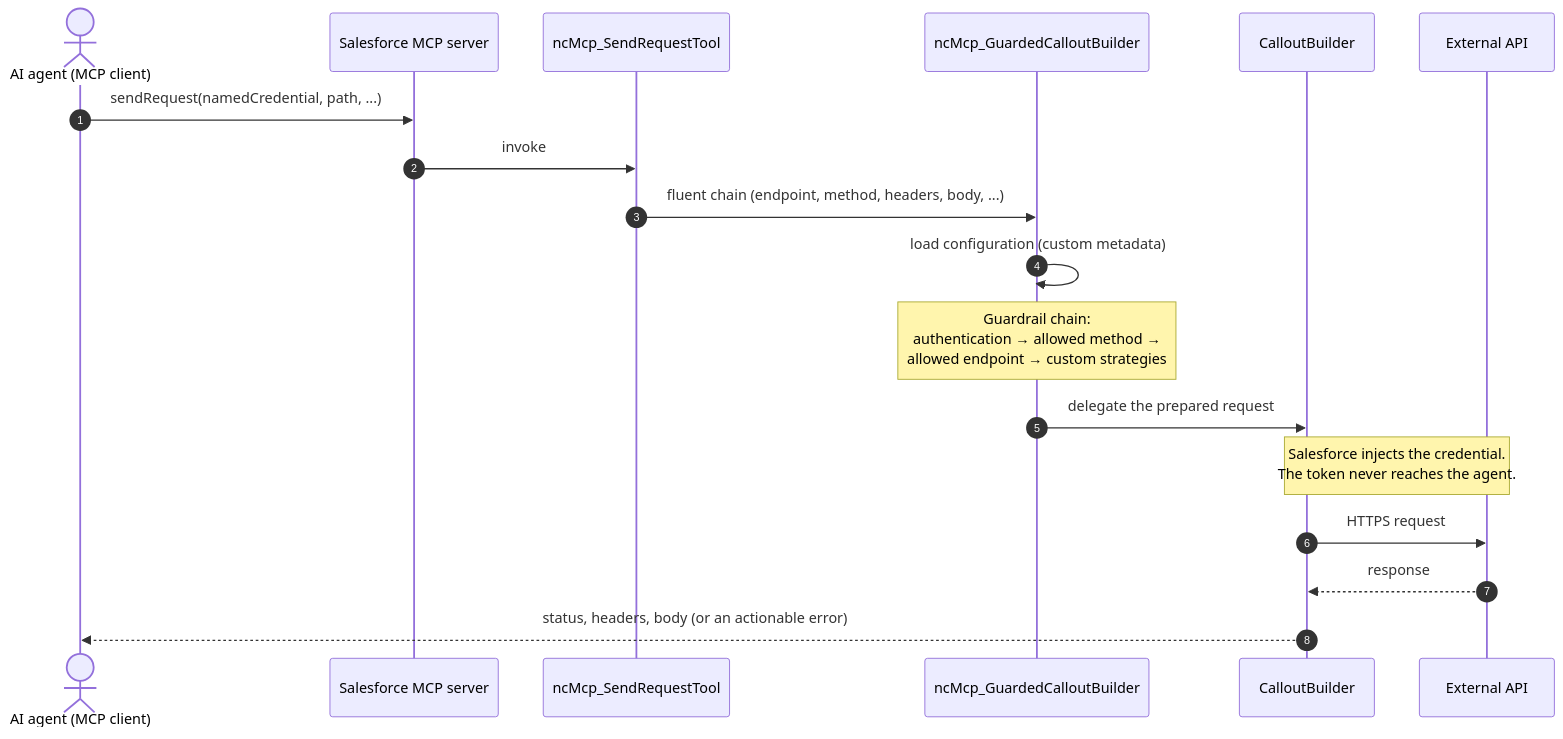
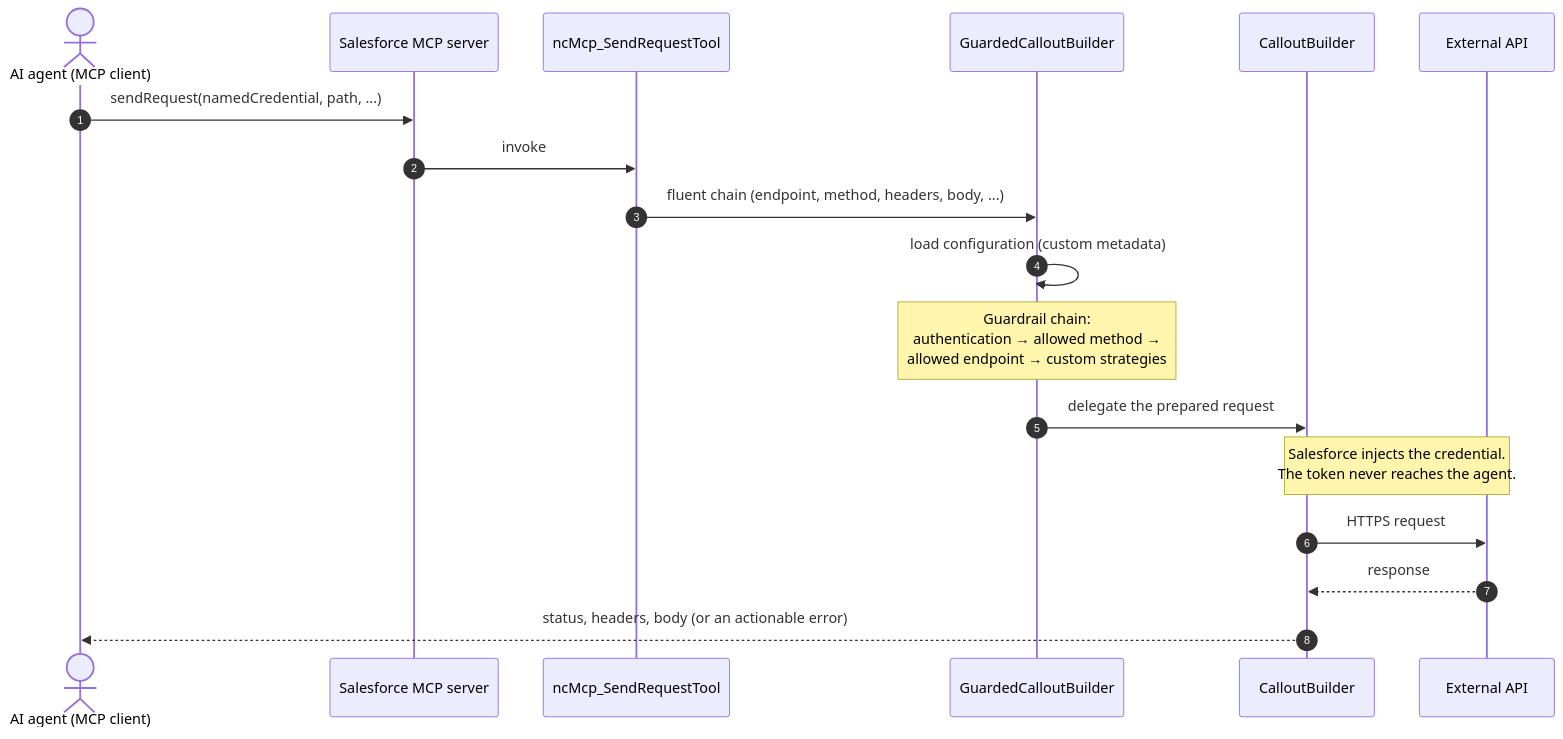
The diagram in force-app/main/namedCredentialsMcp/README.md (laserburst/apexlib), drawn with Mermaid before and after one commit. The commit also changed other lines of this file and 45 other files, not shown here.

Commit message:
extract guardedCalloutBuilder code from NC MCP

````diff
--- a/force-app/main/namedCredentialsMcp/README.md
+++ b/force-app/main/namedCredentialsMcp/README.md
@@ -19,21 +19,21 @@
 ```mermaid
 sequenceDiagram
     autonumber
     actor Agent as AI agent (MCP client)
     participant Server as Salesforce MCP server
     participant Tool as ncMcp_SendRequestTool
-    participant Guarded as ncMcp_GuardedCalloutBuilder
+    participant Guarded as GuardedCalloutBuilder
     participant Builder as CalloutBuilder
     participant API as External API
 
     Agent->>Server: sendRequest(namedCredential, path, ...)
     Server->>Tool: invoke
     Tool->>Guarded: fluent chain (endpoint, method, headers, body, ...)
     Guarded->>Guarded: load configuration (custom metadata)
     Note over Guarded: Guardrail chain:<br/>authentication → allowed method →<br/>allowed endpoint → custom strategies
     Guarded->>Builder: delegate the prepared request
     Note over Builder,API: Salesforce injects the credential.<br/>The token never reaches the agent.
     Builder->>API: HTTPS request
     API-->>Builder: response
     Builder-->>Agent: status, headers, body (or an actionable error)
 ```
````
